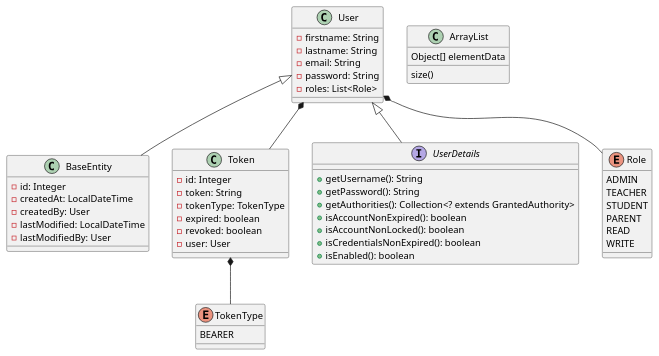
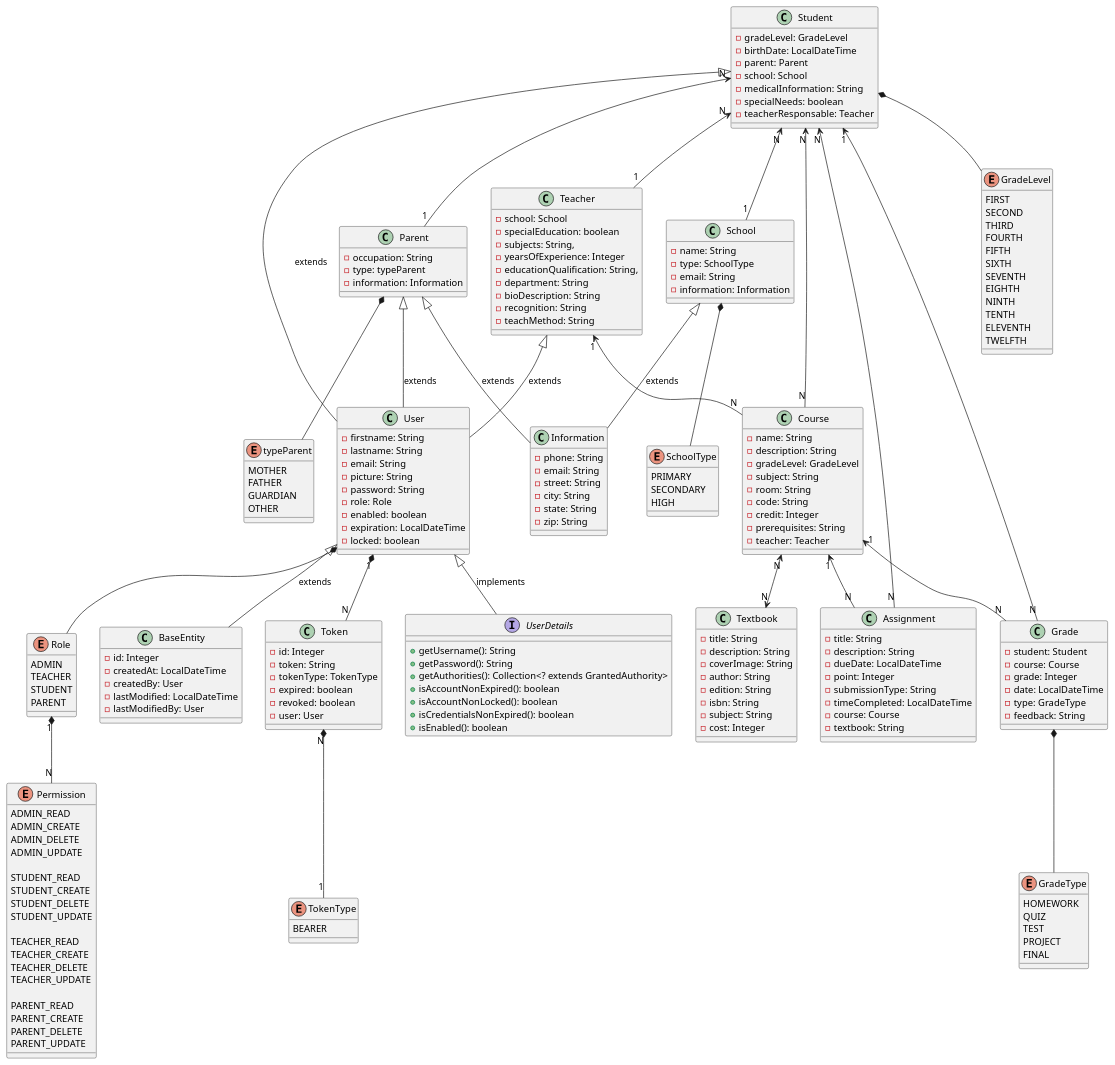
The diagram in src/main/resources/school-management.puml (FFreitas997/school-management-spring), drawn with PlantUML before and after one commit.

Commit message:
uml finished

```diff
--- a/src/main/resources/school-management.puml
+++ b/src/main/resources/school-management.puml
@@ -13,8 +13,12 @@
     -firstname: String
     -lastname: String
     -email: String
+    -picture: String
     -password: String
-    -roles: List<Role>
+    -role: Role
+    -enabled: boolean
+    -expiration: LocalDateTime
+    -locked: boolean
 }
 
 class Token{
@@ -24,6 +28,95 @@
     -expired: boolean
     -revoked: boolean
     -user: User
+}
+
+class Student{
+    -gradeLevel: GradeLevel
+    -birthDate: LocalDateTime
+    -parent: Parent
+    -school: School
+    -medicalInformation: String
+    -specialNeeds: boolean
+    -teacherResponsable: Teacher
+
+
+}
+class Parent{
+    -occupation: String
+    -type: typeParent
+    -information: Information
+}
+
+class Teacher{
+    -school: School
+    -specialEducation: boolean
+    -subjects: String,
+    -yearsOfExperience: Integer
+    -educationQualification: String,
+    -department: String
+    -bioDescription: String
+    -recognition: String
+    -teachMethod: String
+
+}
+
+class Course{
+    -name: String
+    -description: String
+    -gradeLevel: GradeLevel
+    -subject: String
+    -room: String
+    -code: String
+    -credit: Integer
+    -prerequisites: String
+    -teacher: Teacher
+}
+
+class Assignment{
+    -title: String
+    -description: String
+    -dueDate: LocalDateTime
+    -point: Integer
+    -submissionType: String
+    -timeCompleted: LocalDateTime
+    -course: Course
+    -textbook: String
+}
+
+class Grade{
+    -student: Student
+    -course: Course
+    -grade: Integer
+    -date: LocalDateTime
+    -type: GradeType
+    -feedback: String
+}
+
+class Textbook{
+    -title: String
+    -description: String
+    -coverImage: String
+    -author: String
+    -edition: String
+    -isbn: String
+    -subject: String
+    -cost: Integer
+}
+
+class School{
+    -name: String
+    -type: SchoolType
+    -email: String
+    -information: Information
+}
+
+class Information{
+    -phone: String
+    -email: String
+    -street: String
+    -city: String
+    -state: String
+    -zip: String
 }
 
 interface UserDetails{
@@ -36,43 +129,99 @@
     +isEnabled(): boolean
 }
 
+enum GradeType {
+    HOMEWORK
+    QUIZ
+    TEST
+    PROJECT
+    FINAL
+}
+
 enum Role {
     ADMIN
     TEACHER
     STUDENT
     PARENT
-    READ
-    WRITE
+}
+
+enum Permission {
+    ADMIN_READ
+    ADMIN_CREATE
+    ADMIN_DELETE
+    ADMIN_UPDATE
+
+    STUDENT_READ
+    STUDENT_CREATE
+    STUDENT_DELETE
+    STUDENT_UPDATE
+
+    TEACHER_READ
+    TEACHER_CREATE
+    TEACHER_DELETE
+    TEACHER_UPDATE
+
+    PARENT_READ
+    PARENT_CREATE
+    PARENT_DELETE
+    PARENT_UPDATE
 }
 
 enum TokenType {
     BEARER
 }
 
-User <|-- BaseEntity
-User <|-- UserDetails
+enum GradeLevel {
+    FIRST
+    SECOND
+    THIRD
+    FOURTH
+    FIFTH
+    SIXTH
+    SEVENTH
+    EIGHTH
+    NINTH
+    TENTH
+    ELEVENTH
+    TWELFTH
+}
+
+enum SchoolType {
+    PRIMARY
+    SECONDARY
+    HIGH
+}
+enum typeParent {
+    MOTHER
+    FATHER
+    GUARDIAN
+    OTHER
+}
+Course "1" <-- "N" Grade
+Student "N" <-- "N" Assignment
+Student "N" <-- "N" Course
+Course "N" <--> "N" Textbook
+Student "1" <-- "N" Grade
+Course "1" <-- "N" Assignment
+Teacher "1" <-- "N" Course
+Student "N"<--"1" School
+Parent <|-- Information: extends
+School <|-- Information: extends
+Student "N" <-- "1" Teacher
+Student "N" <-- "1" Parent
+User <|-- BaseEntity: extends
+User <|-- UserDetails: implements
+Student <|-- User : extends
+Parent <|-- User : extends
+Teacher <|-- User : extends
 User *-- Role
-User *-- Token
-Token *-- TokenType
-
-
-/'abstract class AbstractList
-abstract AbstractCollection
-interface List
-interface Collection
-
-List <|-- AbstractList
-Collection <|-- AbstractCollection
-
-Collection <|- List
-AbstractCollection <|- AbstractList
-AbstractList <|-- ArrayList
+Student *-- GradeLevel
+Grade *-- GradeType
+School *-- SchoolType
+Parent *-- typeParent
+User "1" *-- "N" Token
+Token "N" *-- "1" TokenType
+Role "1" *-- "N" Permission
 
 
 
-'/
-class ArrayList {
-Object[] elementData
-size()
-}
 @enduml
```
